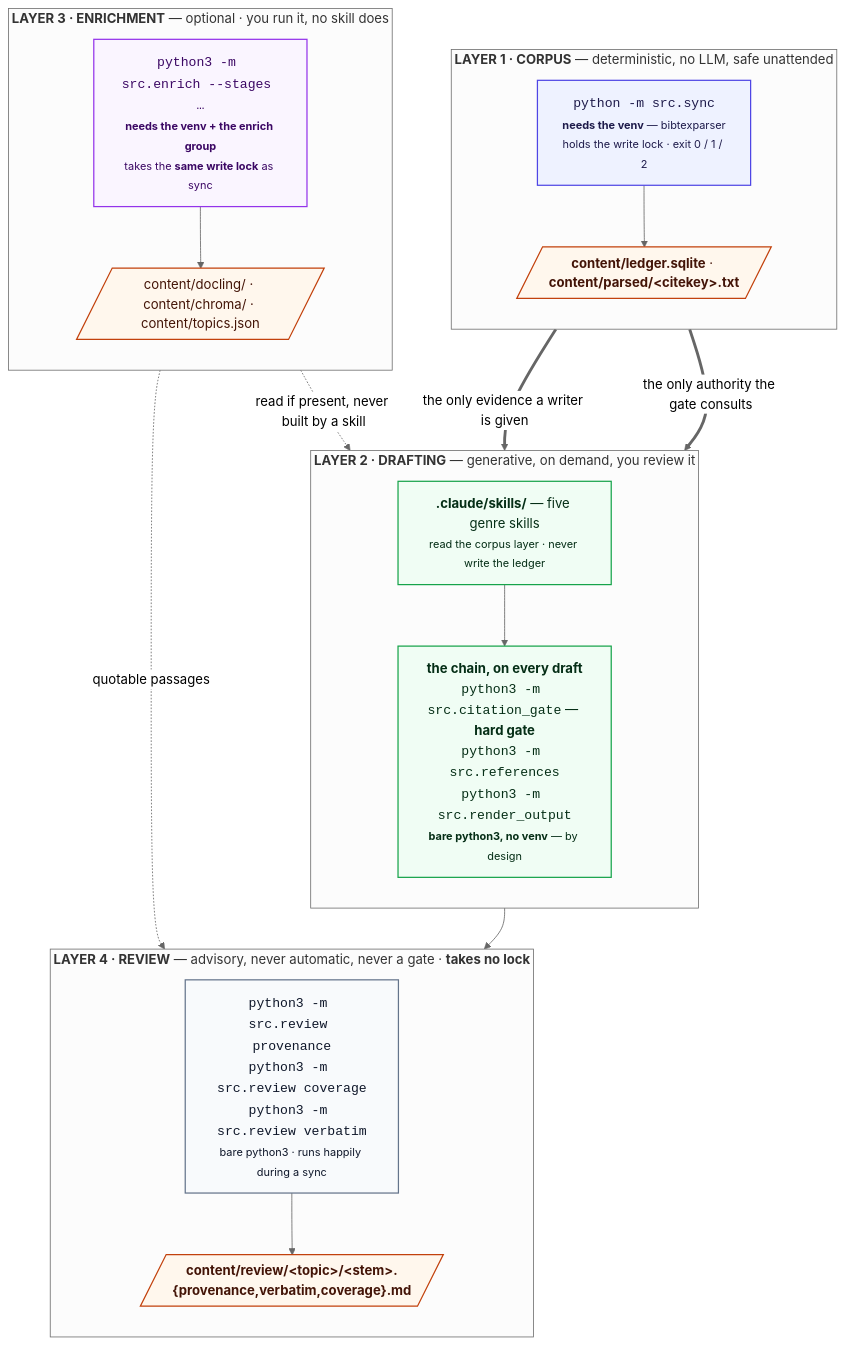
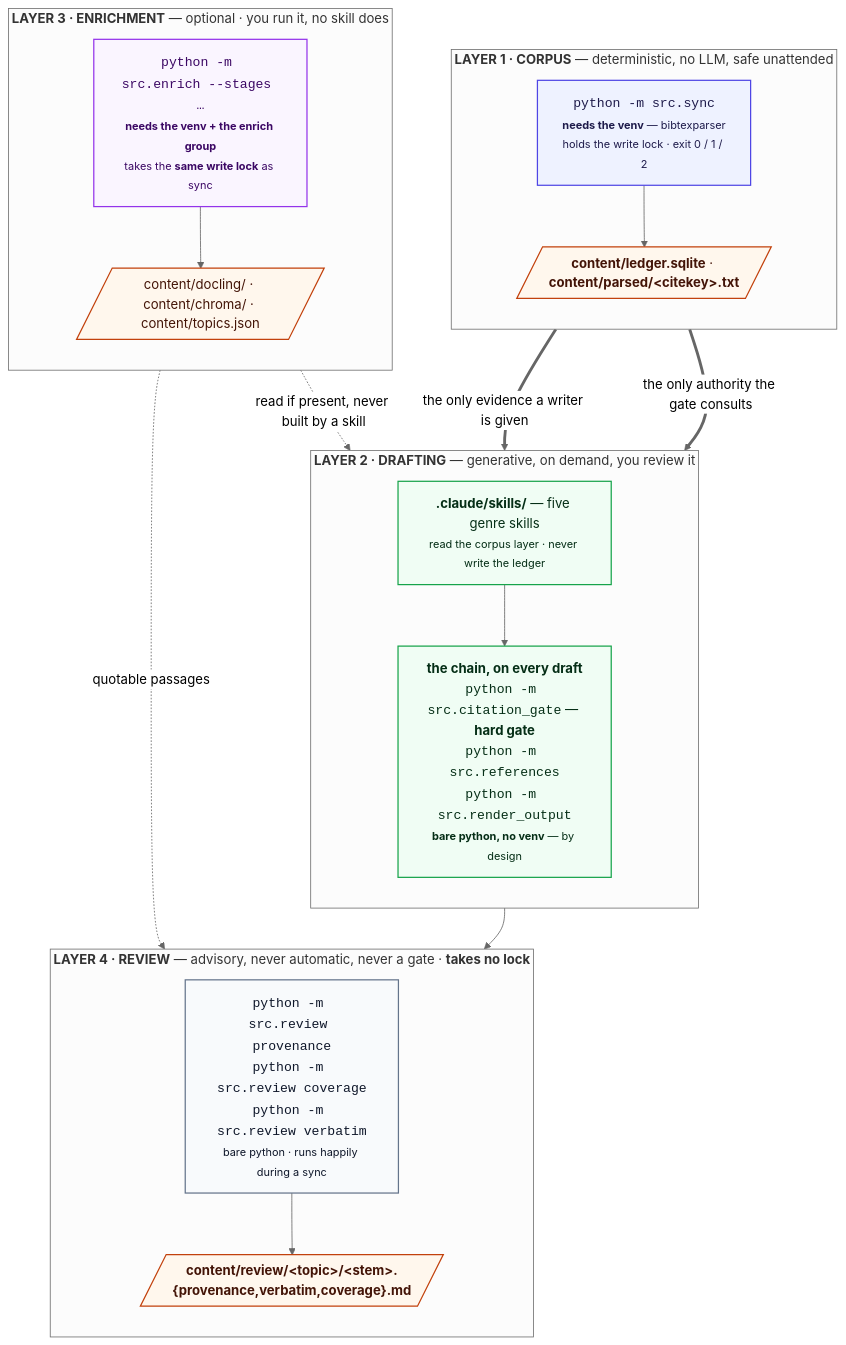
Before and after one commit to prasadtalasila/chitragupta: the diagram in docs/ARCHITECTURE.md, drawn with Mermaid (neutral theme). The commit also changed other lines of this file and 62 other files, not shown here.

````diff
--- a/docs/ARCHITECTURE.md
+++ b/docs/ARCHITECTURE.md
@@ -65,49 +65,49 @@
 ```mermaid
 flowchart TB
 
   subgraph J1["<b>LAYER 1 · CORPUS</b> — deterministic, no LLM, safe unattended"]
     direction TB
     SYNC["<code>python -m src.sync</code><br/><small><b>needs the venv</b> — bibtexparser<br/>holds the write lock · exit 0 / 1 / 2</small>"]
     OUT1[/"<b>content/ledger.sqlite</b> · <b>content/parsed/&lt;citekey&gt;.txt</b>"/]
     SYNC --> OUT1
   end
 
   subgraph J2["<b>LAYER 2 · DRAFTING</b> — generative, on demand, you review it"]
     direction TB
     SKILL["<b>.claude/skills/</b> — five genre skills<br/><small>read the corpus layer · never write the ledger</small>"]
-    CHAIN["<b>the chain, on every draft</b><br/><code>python3 -m src.citation_gate</code> — <b>hard gate</b><br/><code>python3 -m src.references</code><br/><code>python3 -m src.render_output</code><br/><small><b>bare python3, no venv</b> — by design</small>"]
+    CHAIN["<b>the chain, on every draft</b><br/><code>python -m src.citation_gate</code> — <b>hard gate</b><br/><code>python -m src.references</code><br/><code>python -m src.render_output</code><br/><small><b>bare python, no venv</b> — by design</small>"]
     SKILL --> CHAIN
   end
 
   subgraph JH["<b>LAYER 3 · ENRICHMENT</b> — optional · you run it, no skill does"]
     direction TB
-    FULL["<code>python3 -m src.enrich --stages …</code><br/><small><b>needs the venv + the enrich group</b><br/>takes the <b>same write lock</b> as sync</small>"]
+    FULL["<code>python -m src.enrich --stages …</code><br/><small><b>needs the venv + the enrich group</b><br/>takes the <b>same write lock</b> as sync</small>"]
     OUT3[/"content/docling/ · content/chroma/ · content/topics.json"/]
     FULL --> OUT3
   end
 
   subgraph AID["<b>LAYER 4 · REVIEW</b> — advisory, never automatic, never a gate · <b>takes no lock</b>"]
     direction TB
-    A["<code>python3 -m src.review provenance</code><br/><code>python3 -m src.review coverage</code><br/><code>python3 -m src.review verbatim</code><br/><small>bare python3 · runs happily during a sync</small>"]
+    A["<code>python -m src.review provenance</code><br/><code>python -m src.review coverage</code><br/><code>python -m src.review verbatim</code><br/><small>bare python · runs happily during a sync</small>"]
     OUT4[/"<b>content/review/&lt;topic&gt;/&lt;stem&gt;.{provenance,verbatim,coverage}.md</b>"/]
     A --> OUT4
   end
 
   OUT1 == "the only evidence a writer is given" ==> SKILL
   OUT1 == "the only authority the gate consults" ==> CHAIN
   OUT3 -. "read if present, never built by a skill" .-> SKILL
   OUT3 -. "quotable passages" .-> A
   CHAIN --> A
 
   classDef det fill:#eef2ff,stroke:#4f46e5,stroke-width:1.5px,color:#1e1b4b
   classDef gen fill:#f0fdf4,stroke:#16a34a,stroke-width:1.5px,color:#052e16
   classDef heavy fill:#faf5ff,stroke:#9333ea,stroke-width:1.5px,color:#3b0764
   classDef store fill:#fff7ed,stroke:#c2410c,stroke-width:1.5px,color:#431407
   classDef aid fill:#f8fafc,stroke:#64748b,stroke-width:1.5px,color:#0f172a
 
   class SYNC det
   class SKILL,CHAIN gen
   class FULL heavy
   class OUT1,OUT3,OUT4 store
   class A aid
 ```
````
